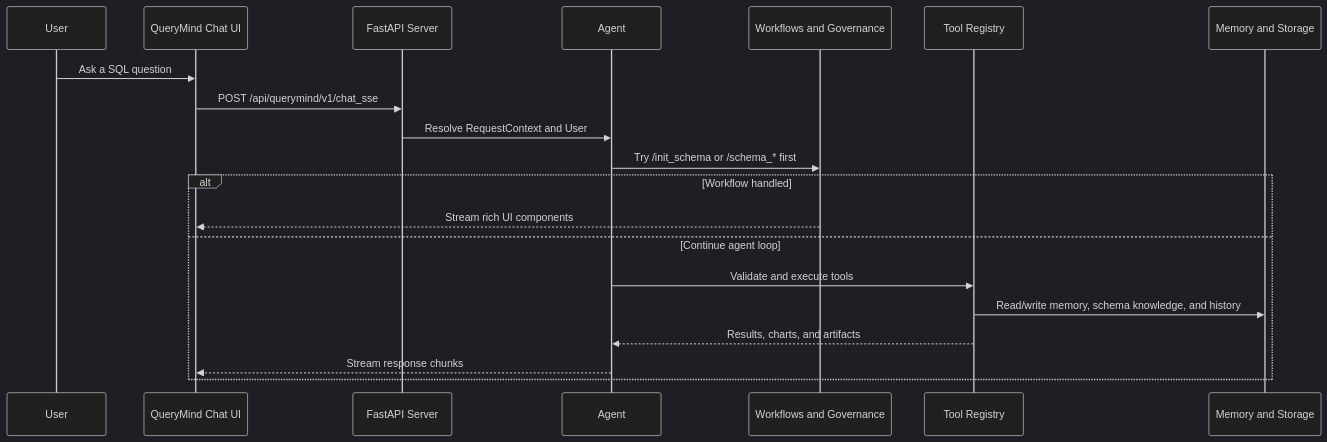
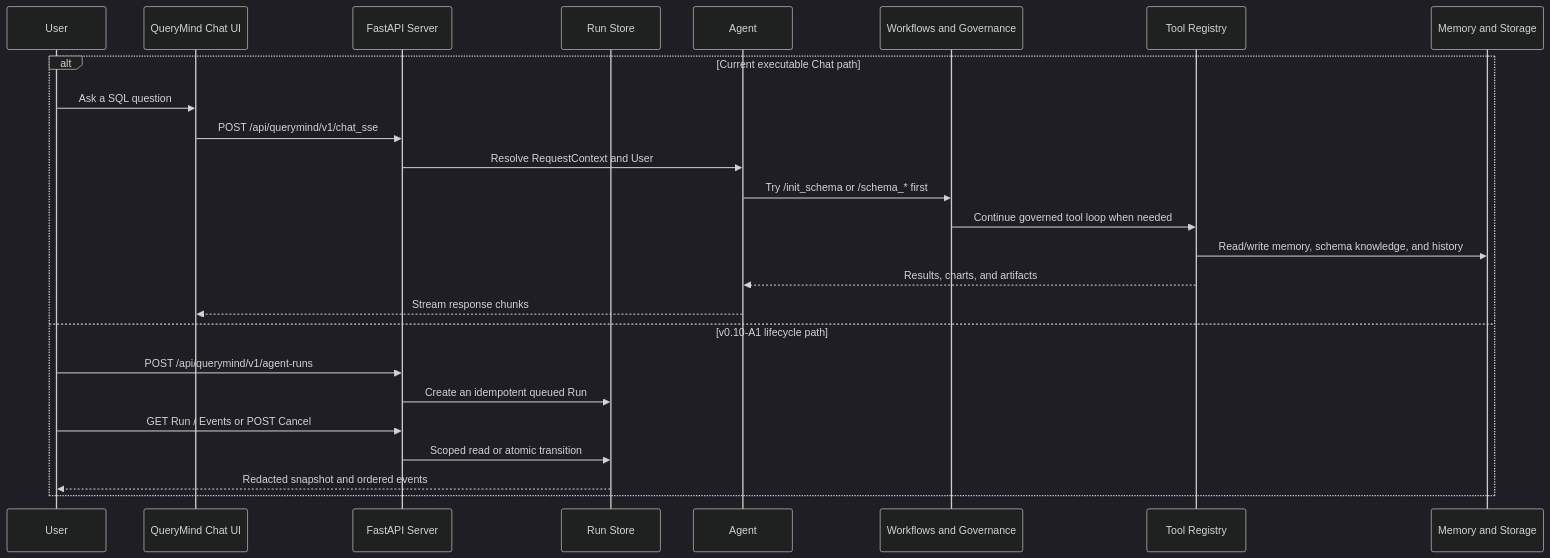
Before and after one commit to luyan9513/QueryMind-Enterprise: the diagram in README.md, drawn with Mermaid (dark theme). The commit also changed other lines of this file and 1 other file, not shown here.

Commit message:
docs: update READMEs for governed Text2SQL agent runtime

````diff
--- a/README.md
+++ b/README.md
@@ -101,23 +118,28 @@
 ```mermaid
 sequenceDiagram
     participant U as User
     participant UI as QueryMind Chat UI
     participant API as FastAPI Server
+    participant R as Run Store
     participant A as Agent
     participant W as Workflows and Governance
     participant T as Tool Registry
     participant M as Memory and Storage
 
-    U->>UI: Ask a SQL question
-    UI->>API: POST /api/querymind/v1/chat_sse
-    API->>A: Resolve RequestContext and User
-    A->>W: Try /init_schema or /schema_* first
-    alt Workflow handled
-        W-->>UI: Stream rich UI components
-    else Continue agent loop
-        A->>T: Validate and execute tools
+    alt Current executable Chat path
+        U->>UI: Ask a SQL question
+        UI->>API: POST /api/querymind/v1/chat_sse
+        API->>A: Resolve RequestContext and User
+        A->>W: Try /init_schema or /schema_* first
+        W->>T: Continue governed tool loop when needed
         T->>M: Read/write memory, schema knowledge, and history
         T-->>A: Results, charts, and artifacts
         A-->>UI: Stream response chunks
+    else v0.10-A1 lifecycle path
+        U->>API: POST /api/querymind/v1/agent-runs
+        API->>R: Create an idempotent queued Run
+        U->>API: GET Run / Events or POST Cancel
+        API->>R: Scoped read or atomic transition
+        R-->>U: Redacted snapshot and ordered events
     end
 ```
````
